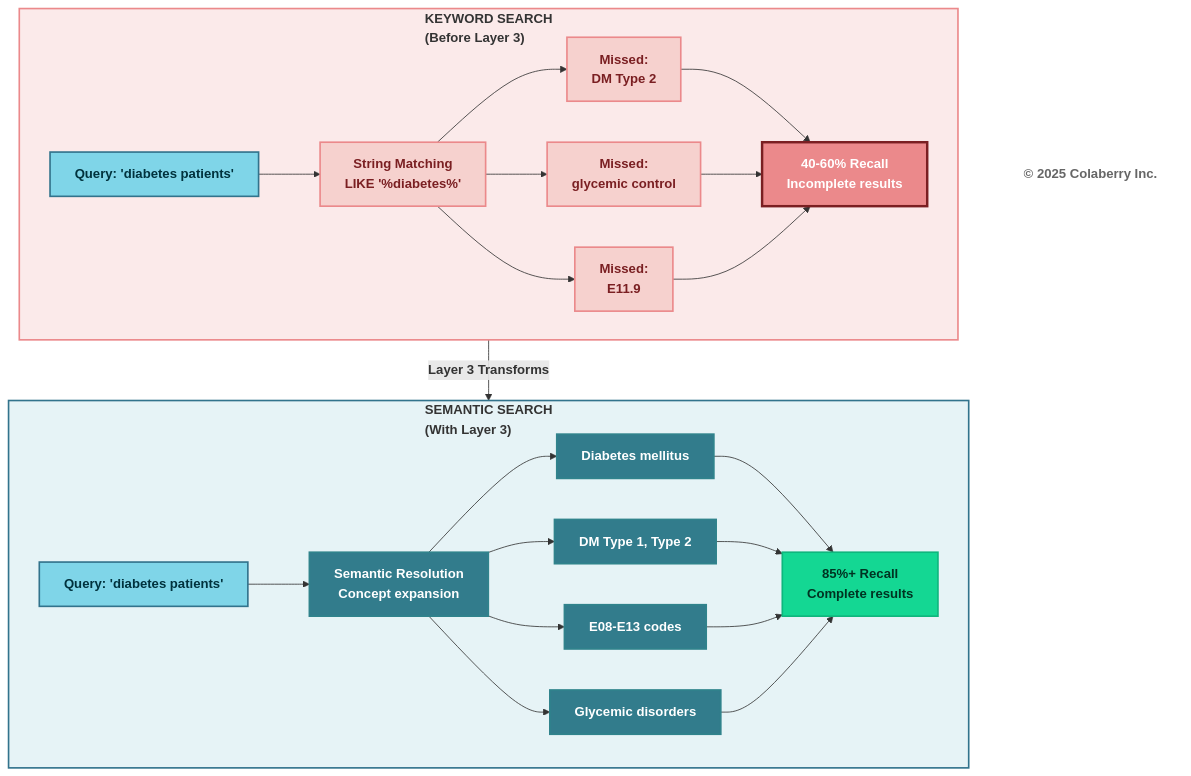
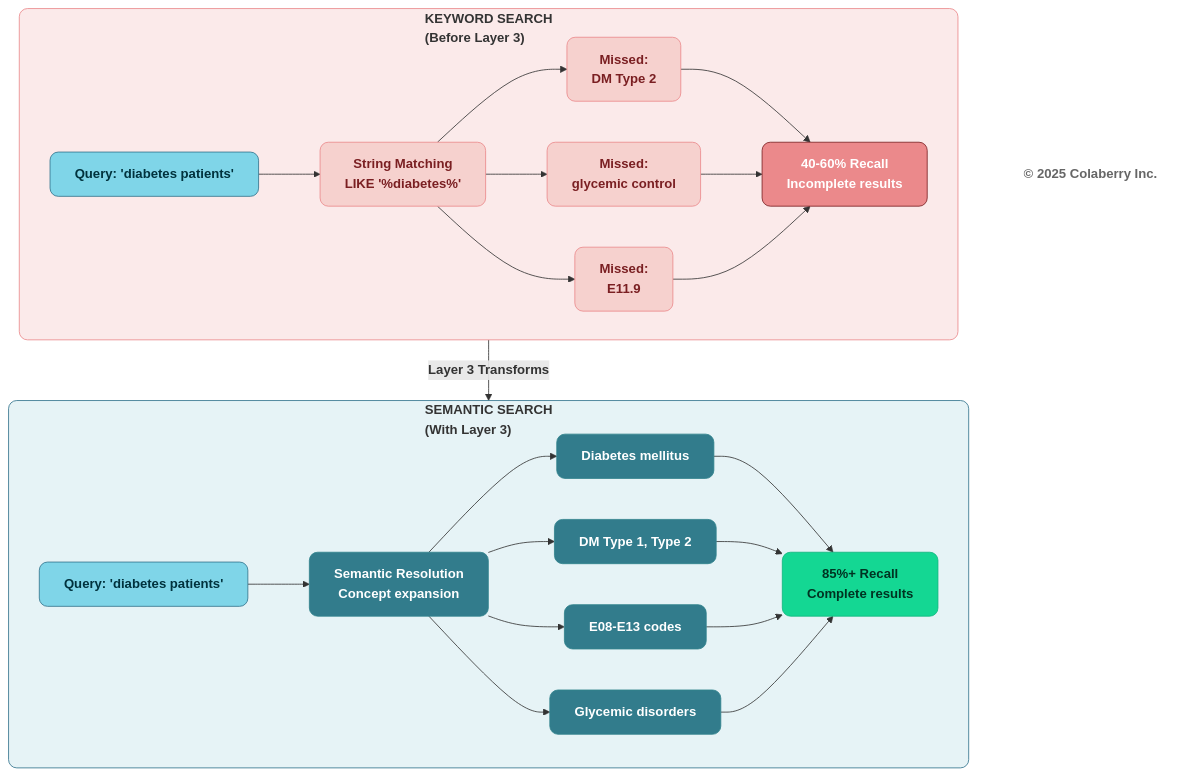
One commit to colaberry/trust-before-intelligence-book changed the sixth of 13 diagrams in manuscript/06_chapter_5_intelligence_layers.md. Above: the diagram before and after it, drawn with Mermaid. The commit also changed other lines of this file and 12 other files, not shown here.

````diff
--- a/manuscript/06_chapter_5_intelligence_layers.md
+++ b/manuscript/06_chapter_5_intelligence_layers.md
@@ -445,49 +445,49 @@
 ```mermaid
 graph TB
     subgraph KEYWORD["<b>KEYWORD SEARCH<br/> (Before Layer 3)</b>"]
         direction LR
         K_Q["<b>Query: 'diabetes patients'</b>"] --> K_MATCH["<b>String Matching</b><br/><b>LIKE '%diabetes%'</b>"]
         K_MATCH --> K_MISS1["<b>Missed:<br/> DM Type 2</b>"]
         K_MATCH --> K_MISS2["<b>Missed:<br/> glycemic control</b>"]
         K_MATCH --> K_MISS3["<b>Missed:<br/> E11.9</b>"]
         K_MISS1 --> K_RESULT["<b>40-60% Recall</b><br/><b>Incomplete results</b>"]
         K_MISS2 --> K_RESULT
         K_MISS3 --> K_RESULT
     end
     
     KEYWORD -->|<b>Layer 3 Transforms</b>| SEMANTIC
     
     subgraph SEMANTIC["<b>SEMANTIC SEARCH<br/>(With Layer 3)</b>"]
         direction LR
         S_Q["<b>Query: 'diabetes patients'</b>"] --> S_RESOLVE["<b>Semantic Resolution</b><br/><b>Concept expansion</b>"]
         S_RESOLVE --> S_HIT1["<b>Diabetes mellitus</b>"]
         S_RESOLVE --> S_HIT2["<b>DM Type 1, Type 2</b>"]
         S_RESOLVE --> S_HIT3["<b>E08-E13 codes</b>"]
         S_RESOLVE --> S_HIT4["<b>Glycemic disorders</b>"]
         S_HIT1 --> S_RESULT["<b>85%+ Recall</b><br/><b>Complete results</b>"]
         S_HIT2 --> S_RESULT
         S_HIT3 --> S_RESULT
         S_HIT4 --> S_RESULT
     end
     
     Copyright["<b>© 2025 Colaberry Inc.</b>"]
     
-    style KEYWORD fill:#FBEAEA,stroke:#EB898B,stroke-width:2px
-    style K_Q fill:#7FD5E8,stroke:#32738C,stroke-width:2px,color:#00323D
-    style K_MATCH fill:#F6D1CE,stroke:#EB898B,stroke-width:2px,color:#7A1F22
-    style K_MISS1 fill:#F6D1CE,stroke:#EB898B,stroke-width:2px,color:#7A1F22
-    style K_MISS2 fill:#F6D1CE,stroke:#EB898B,stroke-width:2px,color:#7A1F22
-    style K_MISS3 fill:#F6D1CE,stroke:#EB898B,stroke-width:2px,color:#7A1F22
-    style K_RESULT fill:#EB898B,color:#ffffff,stroke:#7A1F22,stroke-width:3px
+    style KEYWORD fill:#FBEAEA,stroke:#EB898B,stroke-width:1px,rx:10,ry:10
+    style K_Q fill:#7FD5E8,stroke:#32738C,stroke-width:1px,color:#00323D,rx:10,ry:10
+    style K_MATCH fill:#F6D1CE,stroke:#EB898B,stroke-width:1px,color:#7A1F22,rx:10,ry:10
+    style K_MISS1 fill:#F6D1CE,stroke:#EB898B,stroke-width:1px,color:#7A1F22,rx:10,ry:10
+    style K_MISS2 fill:#F6D1CE,stroke:#EB898B,stroke-width:1px,color:#7A1F22,rx:10,ry:10
+    style K_MISS3 fill:#F6D1CE,stroke:#EB898B,stroke-width:1px,color:#7A1F22,rx:10,ry:10
+    style K_RESULT fill:#EB898B,color:#ffffff,stroke:#7A1F22,stroke-width:1px,rx:10,ry:10
     
-    style SEMANTIC fill:#E6F3F6,stroke:#32738C,stroke-width:2px
-    style S_Q fill:#7FD5E8,stroke:#32738C,stroke-width:2px,color:#00323D
-    style S_RESOLVE fill:#327C8C,stroke:#30838C,stroke-width:2px,color:#ffffff
-    style S_HIT1 fill:#327C8C,stroke:#30838C,stroke-width:2px,color:#ffffff
-    style S_HIT2 fill:#327C8C,stroke:#30838C,stroke-width:2px,color:#ffffff
-    style S_HIT3 fill:#327C8C,stroke:#30838C,stroke-width:2px,color:#ffffff
-    style S_HIT4 fill:#327C8C,stroke:#30838C,stroke-width:2px,color:#ffffff
-    style S_RESULT fill:#14D793,color:#003322,stroke:#0FB67D,stroke-width:2px
+    style SEMANTIC fill:#E6F3F6,stroke:#32738C,stroke-width:1px,rx:10,ry:10
+    style S_Q fill:#7FD5E8,stroke:#32738C,stroke-width:1px,color:#00323D,rx:10,ry:10
+    style S_RESOLVE fill:#327C8C,stroke:#30838C,stroke-width:1px,color:#ffffff,rx:10,ry:10
+    style S_HIT1 fill:#327C8C,stroke:#30838C,stroke-width:1px,color:#ffffff,rx:10,ry:10
+    style S_HIT2 fill:#327C8C,stroke:#30838C,stroke-width:1px,color:#ffffff,rx:10,ry:10
+    style S_HIT3 fill:#327C8C,stroke:#30838C,stroke-width:1px,color:#ffffff,rx:10,ry:10
+    style S_HIT4 fill:#327C8C,stroke:#30838C,stroke-width:1px,color:#ffffff,rx:10,ry:10
+    style S_RESULT fill:#14D793,color:#003322,stroke:#0FB67D,stroke-width:1px,rx:10,ry:10
     
-    style Copyright fill:#ffffff,stroke:none,color:#666666
+    style Copyright fill:none,stroke:none,color:#666666
 ```
````
